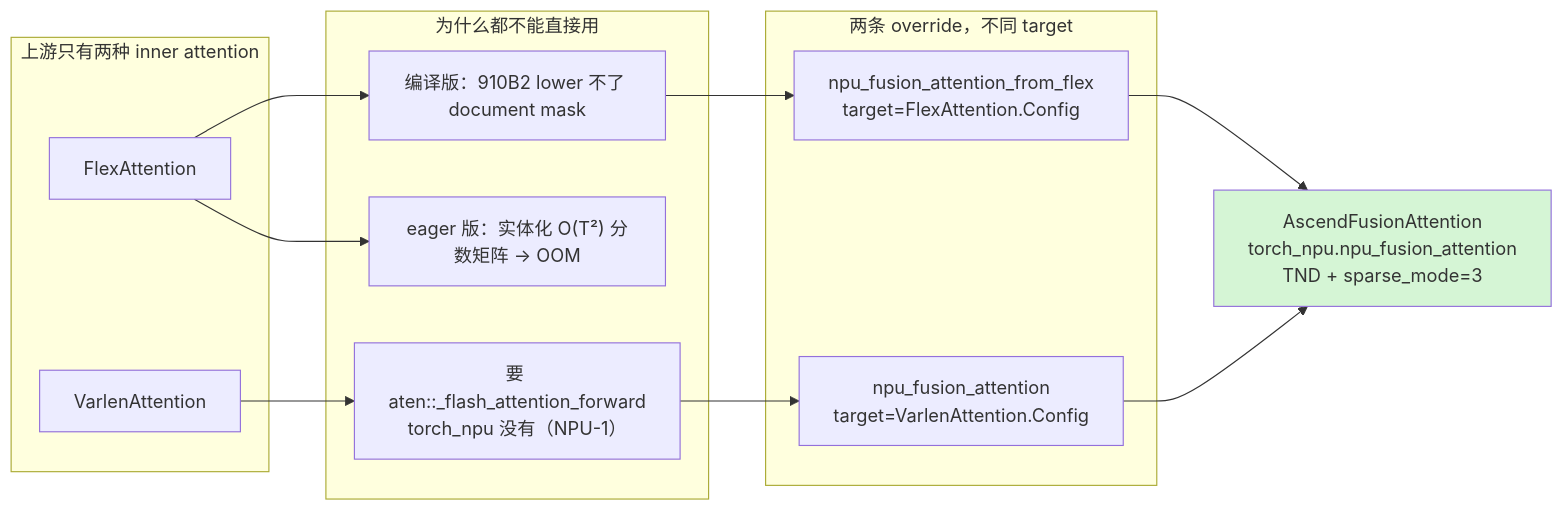
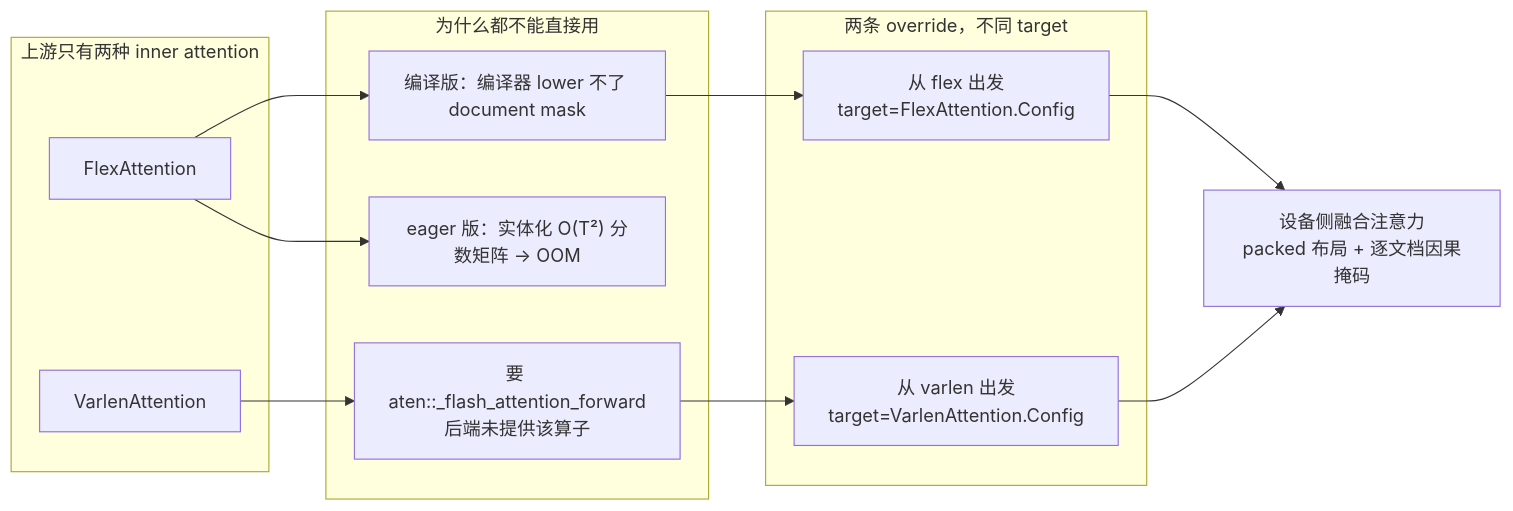
Before and after one commit to JavaZeroo/ascend-torchtitan: diagram 12 of 15 in docs/design/shim-and-override.md, drawn with Mermaid. The commit also changed other lines of this file and 1 other file, not shown here.

````diff
--- a/docs/design/shim-and-override.md
+++ b/docs/design/shim-and-override.md
@@ -479,21 +402,20 @@
 ```mermaid
 flowchart LR
     subgraph UPSTREAM["上游只有两种 inner attention"]
         F["FlexAttention"]
         V["VarlenAttention"]
     end
     subgraph WHY["为什么都不能直接用"]
-        F --> F1["编译版：910B2 lower 不了 document mask"]
+        F --> F1["编译版：编译器 lower 不了 document mask"]
         F --> F2["eager 版：实体化 O(T²) 分数矩阵 → OOM"]
-        V --> V1["要 aten::_flash_attention_forward<br/>torch_npu 没有（NPU-1）"]
+        V --> V1["要 aten::_flash_attention_forward<br/>后端未提供该算子"]
     end
     subgraph OURS["两条 override，不同 target"]
-        O1["npu_fusion_attention_from_flex<br/>target=FlexAttention.Config"]
-        O2["npu_fusion_attention<br/>target=VarlenAttention.Config"]
+        O1["从 flex 出发<br/>target=FlexAttention.Config"]
+        O2["从 varlen 出发<br/>target=VarlenAttention.Config"]
     end
     F1 --> O1
     V1 --> O2
-    O1 & O2 --> A["AscendFusionAttention<br/>torch_npu.npu_fusion_attention<br/>TND + sparse_mode=3"]
-
-    style A fill:#d5f5d5
+    O1 --> A["设备侧融合注意力<br/>packed 布局 + 逐文档因果掩码"]
+    O2 --> A
 ```
````
